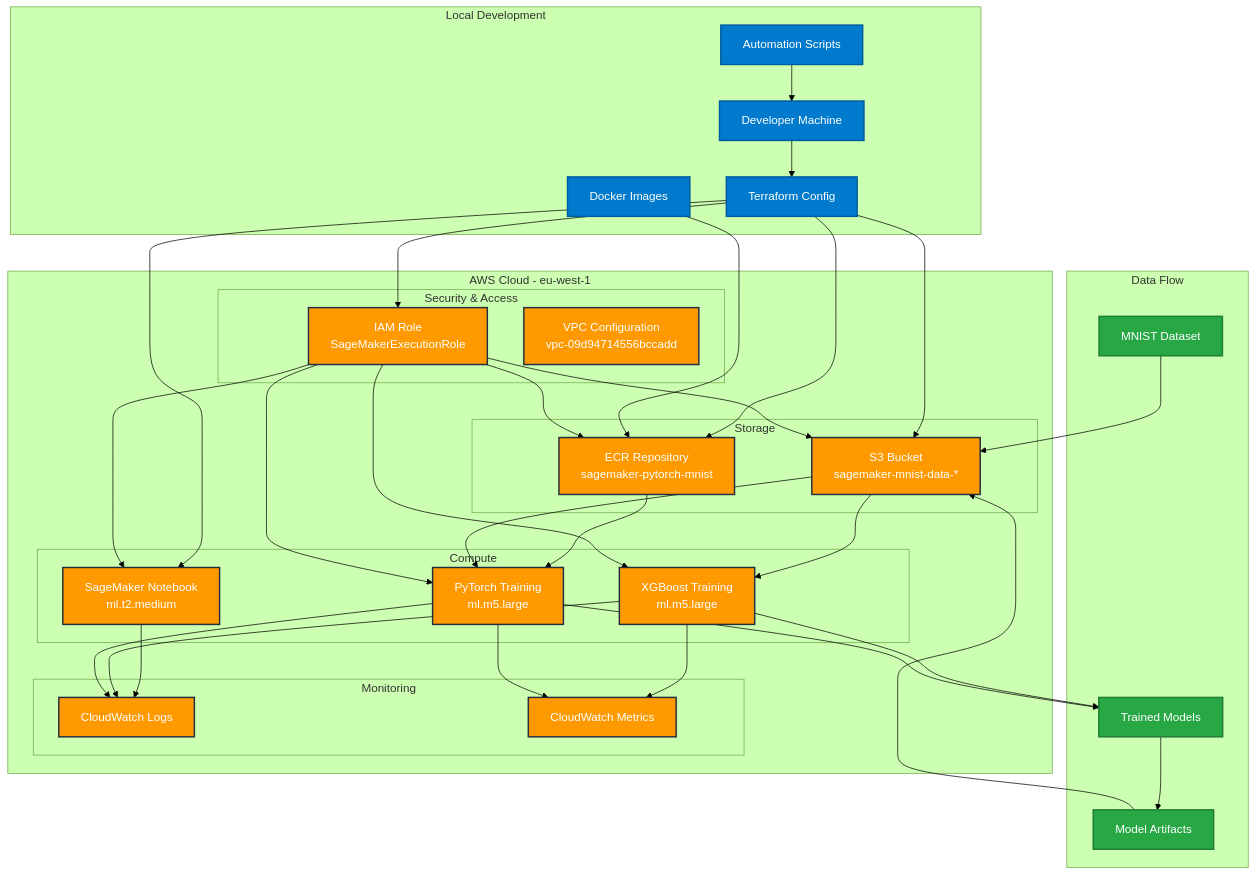
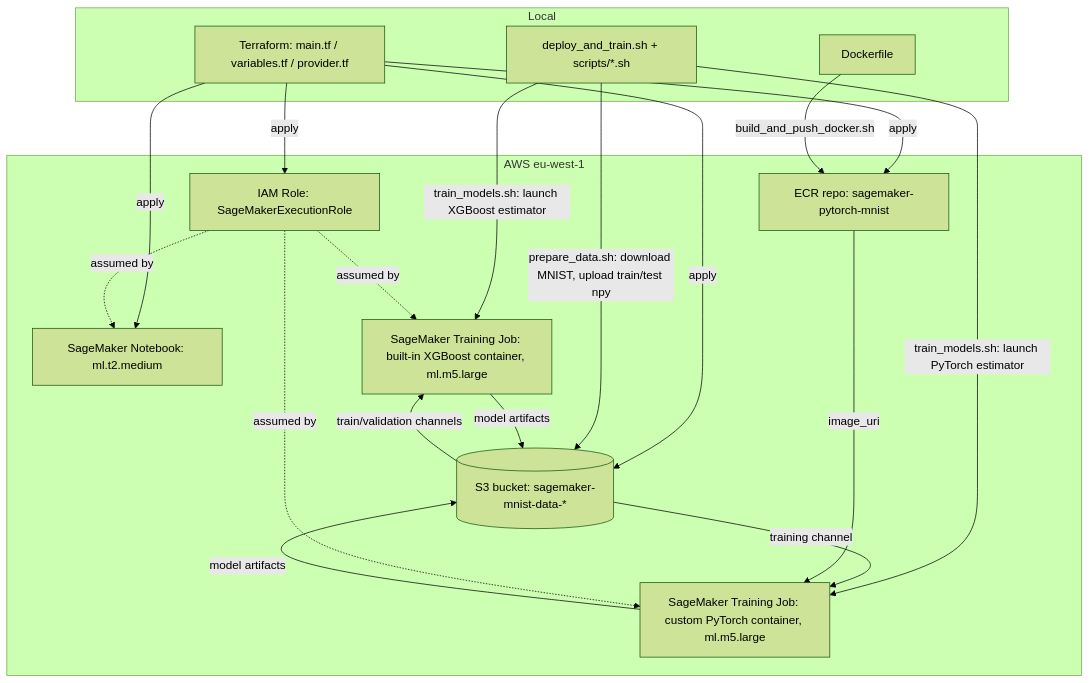
One commit to soodrajesh/AWS-Sagemaker-MLOps-Pipeline changed the diagram in README.md. Above: the diagram before and after it, drawn with Mermaid (forest theme). The commit also changed other lines of this file and 1 other file, not shown here.

First line of the commit message:
Rewrite README to accurately reflect the SageMaker training setup and fix broken ACCOUNT_ID assignment

````diff
--- a/README.md
+++ b/README.md
@@ -18,80 +9,39 @@
 ```mermaid
-graph TB
-    subgraph "Local Development"
-        DEV[Developer Machine]
-        TF[Terraform Config]
-        DOCKER[Docker Images]
-        SCRIPTS[Automation Scripts]
+flowchart TD
+    subgraph Local
+        TF[Terraform: main.tf / variables.tf / provider.tf]
+        DOCKERFILE[Dockerfile]
+        SCRIPTS[deploy_and_train.sh + scripts/*.sh]
     end
-    
-    subgraph "AWS Cloud - eu-west-1"
-        subgraph "Compute"
-            SAGEMAKER[SageMaker Notebook<br/>ml.t2.medium]
-            TRAIN_XGB[XGBoost Training<br/>ml.m5.large]
-            TRAIN_PYT[PyTorch Training<br/>ml.m5.large]
-        end
-        
-        subgraph "Storage"
-            S3[S3 Bucket<br/>sagemaker-mnist-data-*]
-            ECR[ECR Repository<br/>sagemaker-pytorch-mnist]
-        end
-        
-        subgraph "Security & Access"
-            IAM[IAM Role<br/>SageMakerExecutionRole]
-            VPC[VPC Configuration<br/>vpc-09d94714556bccadd]
-        end
-        
-        subgraph "Monitoring"
-            CW[CloudWatch Logs]
-            METRICS[CloudWatch Metrics]
-        end
+
+    subgraph AWS["AWS eu-west-1"]
+        IAM[IAM Role: SageMakerExecutionRole]
+        S3[(S3 bucket: sagemaker-mnist-data-*)]
+        ECR[ECR repo: sagemaker-pytorch-mnist]
+        NB[SageMaker Notebook: ml.t2.medium]
+        XGB[SageMaker Training Job: built-in XGBoost container, ml.m5.large]
+        PT[SageMaker Training Job: custom PyTorch container, ml.m5.large]
     end
-    
-    subgraph "Data Flow"
-        MNIST[MNIST Dataset]
-        MODELS[Trained Models]
-        ARTIFACTS[Model Artifacts]
-    end
-    
-    %% Connections
-    DEV --> TF
-    TF --> SAGEMAKER
-    TF --> S3
-    TF --> ECR
-    TF --> IAM
-    
-    DOCKER --> ECR
-    ECR --> TRAIN_PYT
-    
-    MNIST --> S3
-    S3 --> TRAIN_XGB
-    S3 --> TRAIN_PYT
-    
-    TRAIN_XGB --> MODELS
-    TRAIN_PYT --> MODELS
-    MODELS --> ARTIFACTS
-    ARTIFACTS --> S3
-    
-    SAGEMAKER --> CW
-    TRAIN_XGB --> CW
-    TRAIN_PYT --> CW
-    TRAIN_XGB --> METRICS
-    TRAIN_PYT --> METRICS
-    
-    IAM --> SAGEMAKER
-    IAM --> TRAIN_XGB
-    IAM --> TRAIN_PYT
-    IAM --> S3
-    IAM --> ECR
-    
-    SCRIPTS --> DEV
-    
-    %% Styling
-    classDef aws fill:#ff9900,stroke:#232f3e,stroke-width:2px,color:#fff
-    classDef local fill:#007acc,stroke:#005a9e,stroke-width:2px,color:#fff
-    classDef data fill:#28a745,stroke:#1e7e34,stroke-width:2px,color:#fff
-    
-    class SAGEMAKER,TRAIN_XGB,TRAIN_PYT,S3,ECR,IAM,VPC,CW,METRICS aws
-    class DEV,TF,DOCKER,SCRIPTS local
-    class MNIST,MODELS,ARTIFACTS data
+
+    TF -->|apply| IAM
+    TF -->|apply| S3
+    TF -->|apply| ECR
+    TF -->|apply| NB
+
+    DOCKERFILE -->|build_and_push_docker.sh| ECR
+
+    SCRIPTS -->|prepare_data.sh: download MNIST, upload train/test npy| S3
+    SCRIPTS -->|train_models.sh: launch XGBoost estimator| XGB
+    SCRIPTS -->|train_models.sh: launch PyTorch estimator| PT
+
+    S3 -->|train/validation channels| XGB
+    S3 -->|training channel| PT
+    ECR -->|image_uri| PT
+
+    XGB -->|model artifacts| S3
+    PT -->|model artifacts| S3
+
+    IAM -.assumed by.-> NB
+    IAM -.assumed by.-> XGB
+    IAM -.assumed by.-> PT
 ```
````
